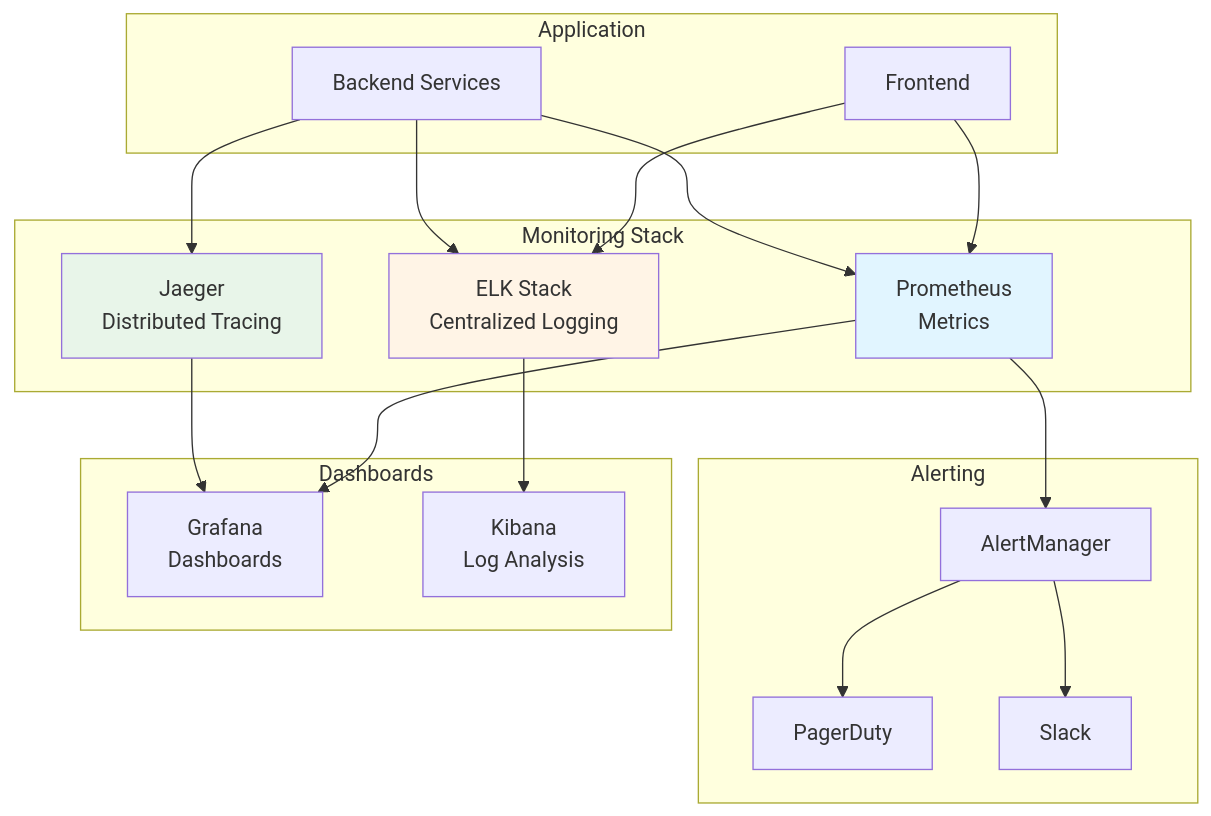
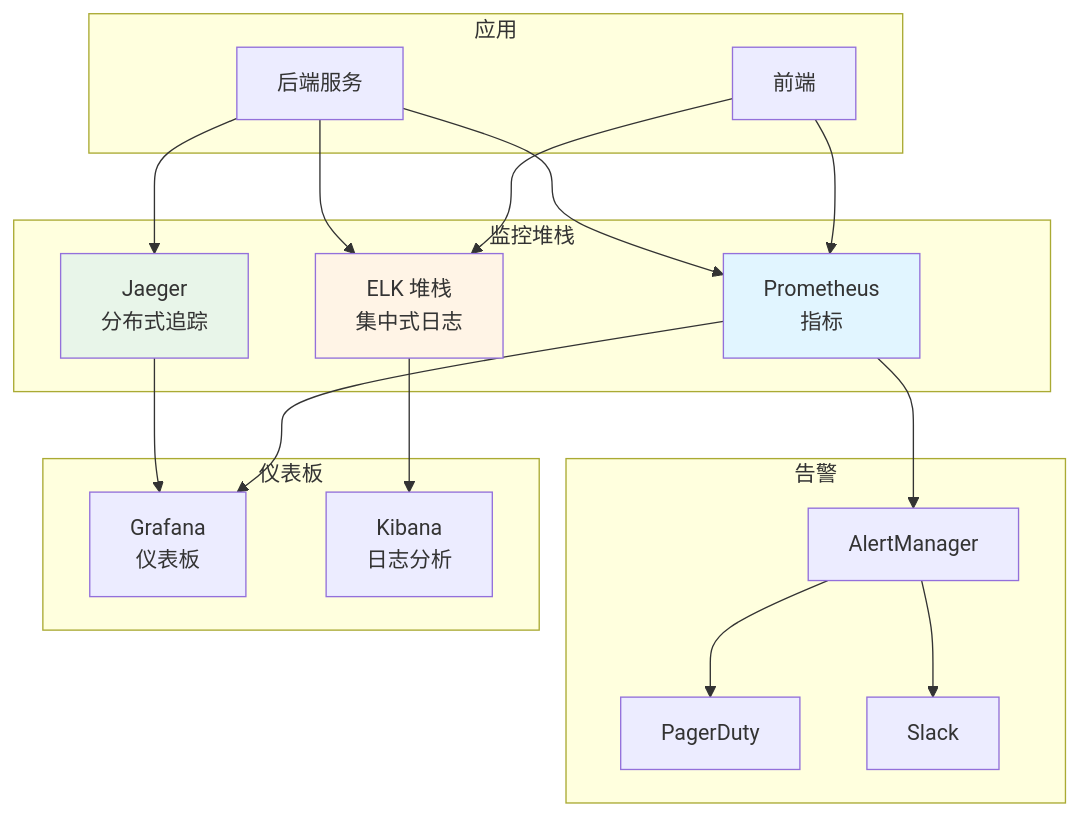
Before and after one commit to liushuai0109/workflow-engine: diagram 14 of 14 in openspec/changes/archive/2025-12-19-add-lifecycle-operations-foundation/ARCHITECTURE.md, drawn with Mermaid. The commit also changed other lines of this file and 12 other files, not shown here.

````diff
--- a/openspec/changes/archive/2025-12-19-add-lifecycle-operations-foundation/ARCHITECTURE.md
+++ b/openspec/changes/archive/2025-12-19-add-lifecycle-operations-foundation/ARCHITECTURE.md
@@ -727,42 +727,42 @@
 ```mermaid
 graph TB
-    subgraph "Application"
-        FE[Frontend]
-        BE[Backend Services]
+    subgraph "应用"
+        FE[前端]
+        BE[后端服务]
     end
 
-    subgraph "Monitoring Stack"
-        Metrics[Prometheus<br/>Metrics]
-        Traces[Jaeger<br/>Distributed Tracing]
-        Logs[ELK Stack<br/>Centralized Logging]
+    subgraph "监控堆栈"
+        Metrics[Prometheus<br/>指标]
+        Traces[Jaeger<br/>分布式追踪]
+        Logs[ELK 堆栈<br/>集中式日志]
     end
 
-    subgraph "Alerting"
+    subgraph "告警"
         Alert[AlertManager]
         PD[PagerDuty]
         Slack[Slack]
     end
 
-    subgraph "Dashboards"
-        Grafana[Grafana<br/>Dashboards]
-        Kibana[Kibana<br/>Log Analysis]
+    subgraph "仪表板"
+        Grafana[Grafana<br/>仪表板]
+        Kibana[Kibana<br/>日志分析]
     end
 
     FE --> Metrics
     BE --> Metrics
     FE --> Logs
     BE --> Logs
     BE --> Traces
 
     Metrics --> Grafana
     Metrics --> Alert
     Logs --> Kibana
     Traces --> Grafana
 
     Alert --> PD
     Alert --> Slack
 
     style Metrics fill:#e1f5ff
     style Traces fill:#e8f5e9
     style Logs fill:#fff4e6
 ```
````
